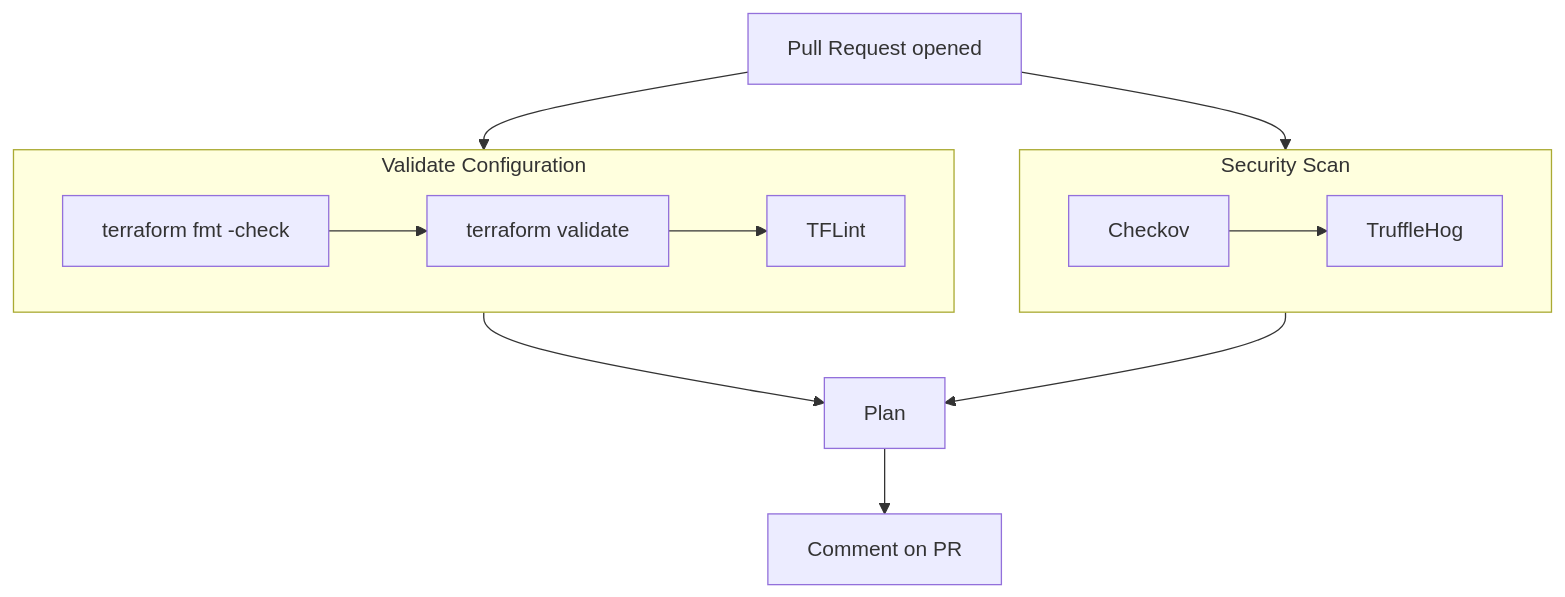
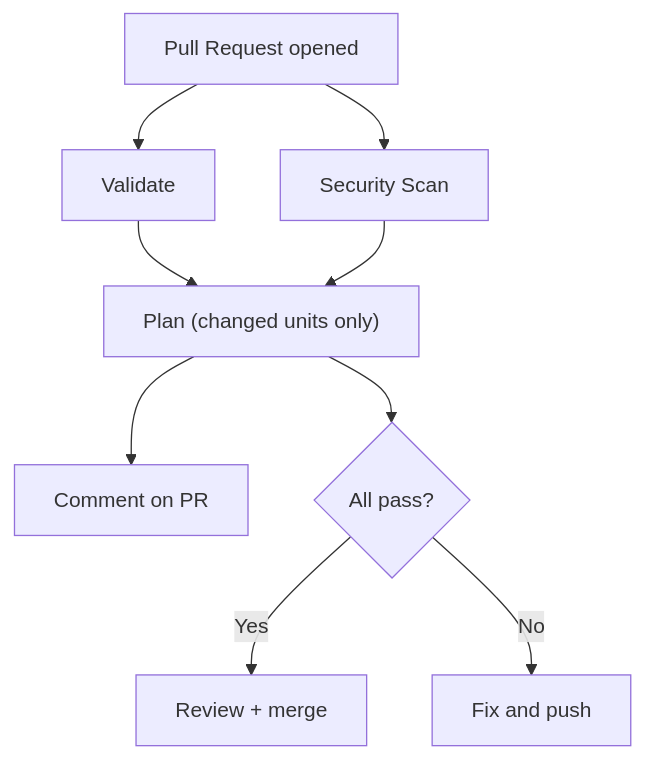
One commit to Chopsticks13/gcp-foundation-modules changed the diagram in docs/CI.md. Above: the diagram before and after it, drawn with Mermaid. The commit also changed other lines of this file and 1 other file, not shown here.

First line of the commit message:
feat(ci): use --filter-affected to plan only changed units

````diff
--- a/docs/CI.md
+++ b/docs/CI.md
@@ -9,17 +15,11 @@
 ```mermaid
 flowchart TD
-  PR["Pull Request opened"] --> V["Validate Configuration"]
+  PR["Pull Request opened"] --> V["Validate"]
   PR --> S["Security Scan"]
-  V --> P["Plan"]
+  V --> P["Plan (changed units only)"]
   S --> P
   P --> C["Comment on PR"]
-
-  subgraph V["Validate Configuration"]
-    V1["terraform fmt -check"] --> V2["terraform validate"]
-    V2 --> V3["TFLint"]
-  end
-
-  subgraph S["Security Scan"]
-    S1["Checkov"] --> S2["TruffleHog"]
-  end
+  P --> merge{"All pass?"}
+  merge -->|Yes| review["Review + merge"]
+  merge -->|No| fix["Fix and push"]
 ```
````
